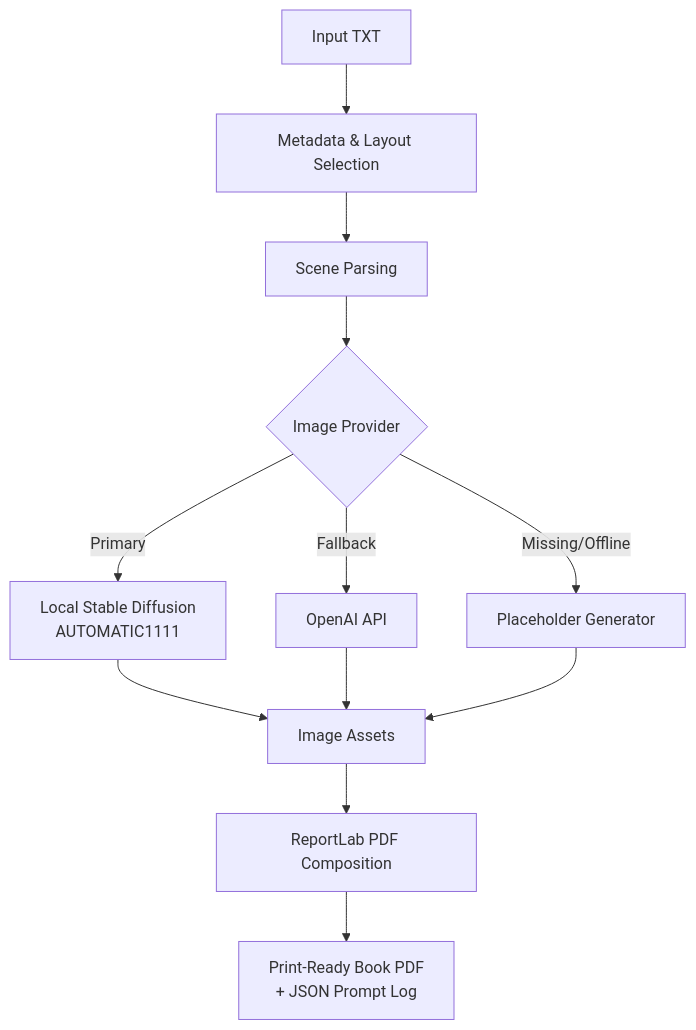
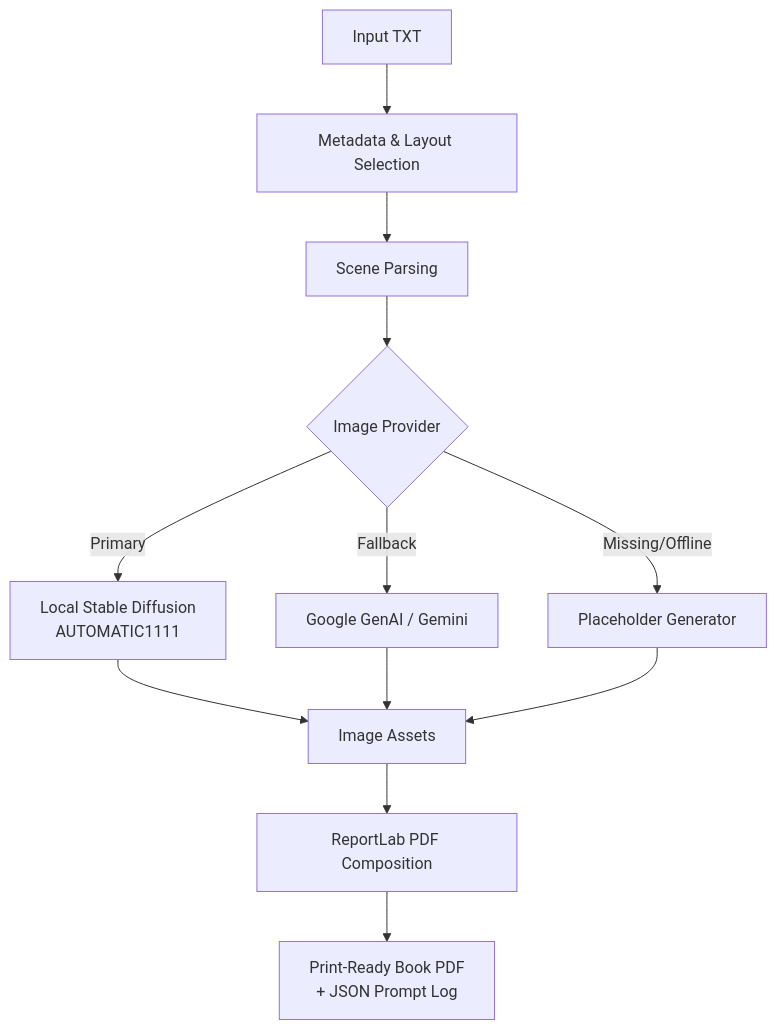
Before and after one commit to TrivicM/ai-storybook-generator: the diagram in ai_storybook_generator/README.md, drawn with Mermaid. The commit also changed other lines of this file, not shown here.

Commit message:
docs: update README to reflect Gemini fallback and interactive features

````diff
--- a/ai_storybook_generator/README.md
+++ b/ai_storybook_generator/README.md
@@ -25,14 +25,14 @@
 ```mermaid
 flowchart TD
     A[Input TXT] --> B[Metadata & Layout Selection]
     B --> C[Scene Parsing]
     C --> D{Image Provider}
     D -->|Primary| E[Local Stable Diffusion<br/>AUTOMATIC1111]
-    D -->|Fallback| F[OpenAI API]
+    D -->|Fallback| F[Google GenAI / Gemini]
     D -->|Missing/Offline| G[Placeholder Generator]
     E --> H[Image Assets]
     F --> H
     G --> H
     H --> I[ReportLab PDF Composition]
     I --> J[Print-Ready Book PDF<br/>+ JSON Prompt Log]
 ```
````
